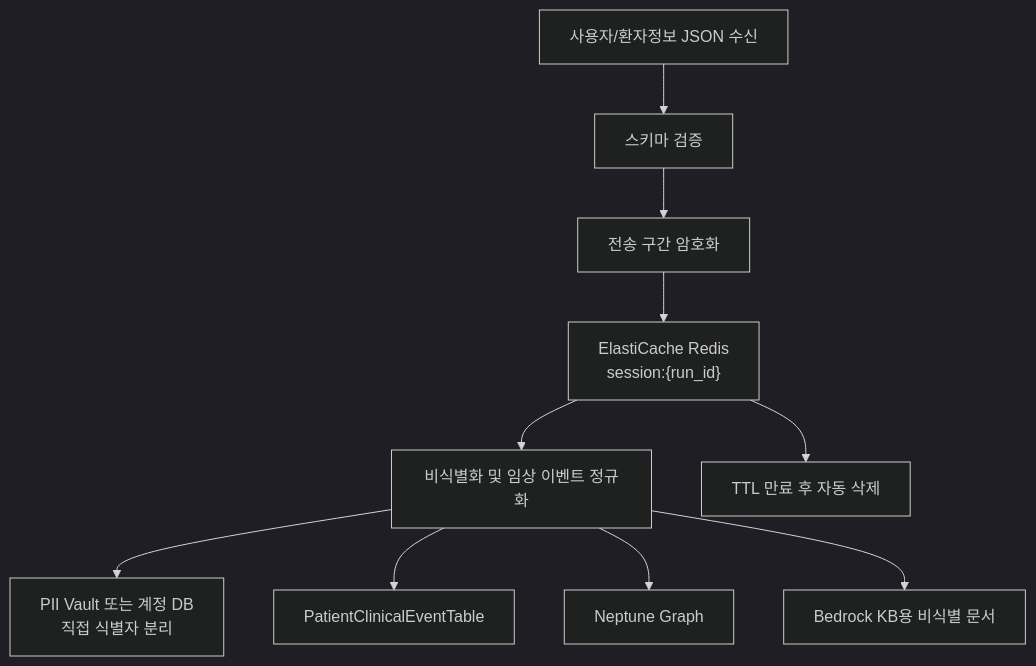
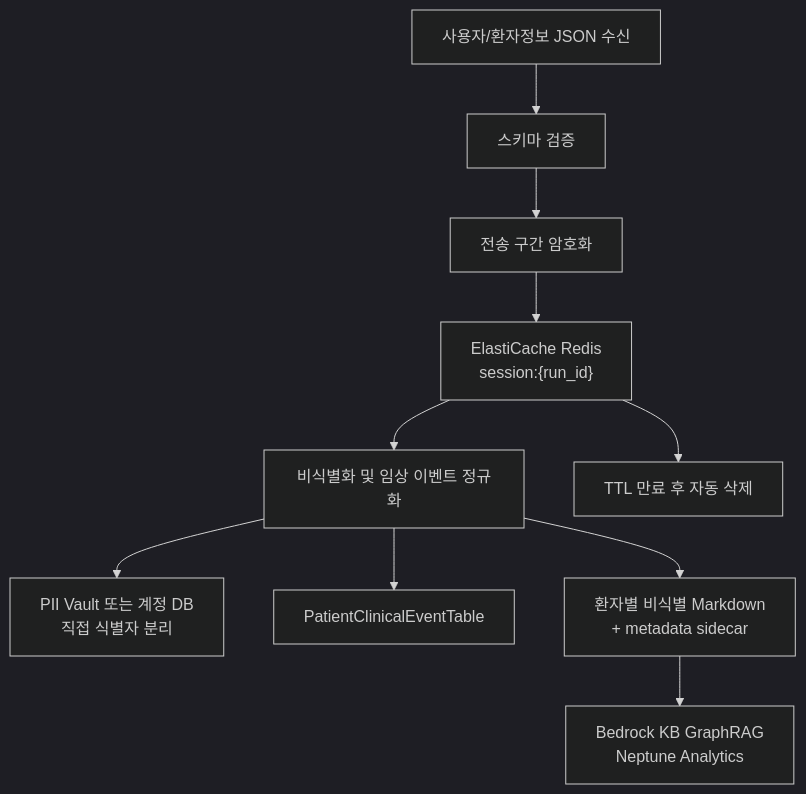
The fifth of 7 diagrams in doc/MATCHING_MODEL_V2.md (1jaekim/AWS_Healthcare), drawn with Mermaid (dark theme) before and after one commit. The commit also changed other lines of this file and 48 other files, not shown here.

First line of the commit message:
feat(api): GraphRAG 검색과 기준별 LLM 판단 계층 추가

````diff
--- a/doc/MATCHING_MODEL_V2.md
+++ b/doc/MATCHING_MODEL_V2.md
@@ -284,12 +294,12 @@
 ```mermaid
 flowchart TD
     IN["사용자/환자정보 JSON 수신"] --> VALID["스키마 검증"]
     VALID --> ENC["전송 구간 암호화"]
     ENC --> REDIS["ElastiCache Redis<br/>session:{run_id}"]
     REDIS --> NORM["비식별화 및 임상 이벤트 정규화"]
     NORM --> PII["PII Vault 또는 계정 DB<br/>직접 식별자 분리"]
     NORM --> CLIN["PatientClinicalEventTable"]
-    NORM --> GRAPH["Neptune Graph"]
-    NORM --> RAG["Bedrock KB용 비식별 문서"]
+    NORM --> RAG["환자별 비식별 Markdown<br/>+ metadata sidecar"]
+    RAG --> GRAPH["Bedrock KB GraphRAG<br/>Neptune Analytics"]
     REDIS --> TTL["TTL 만료 후 자동 삭제"]
 ```
````
